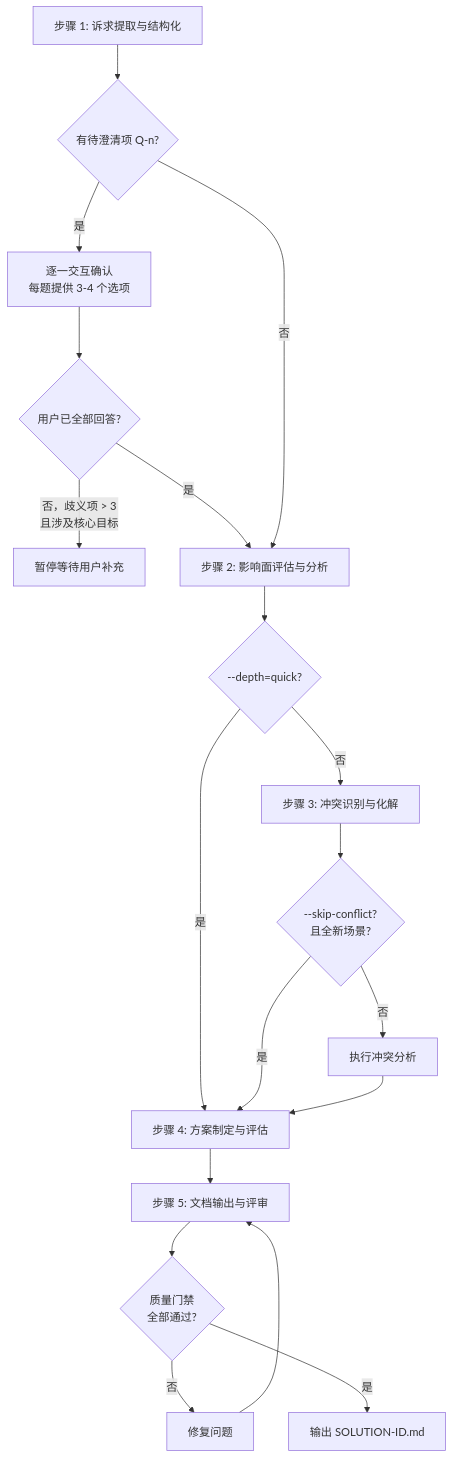
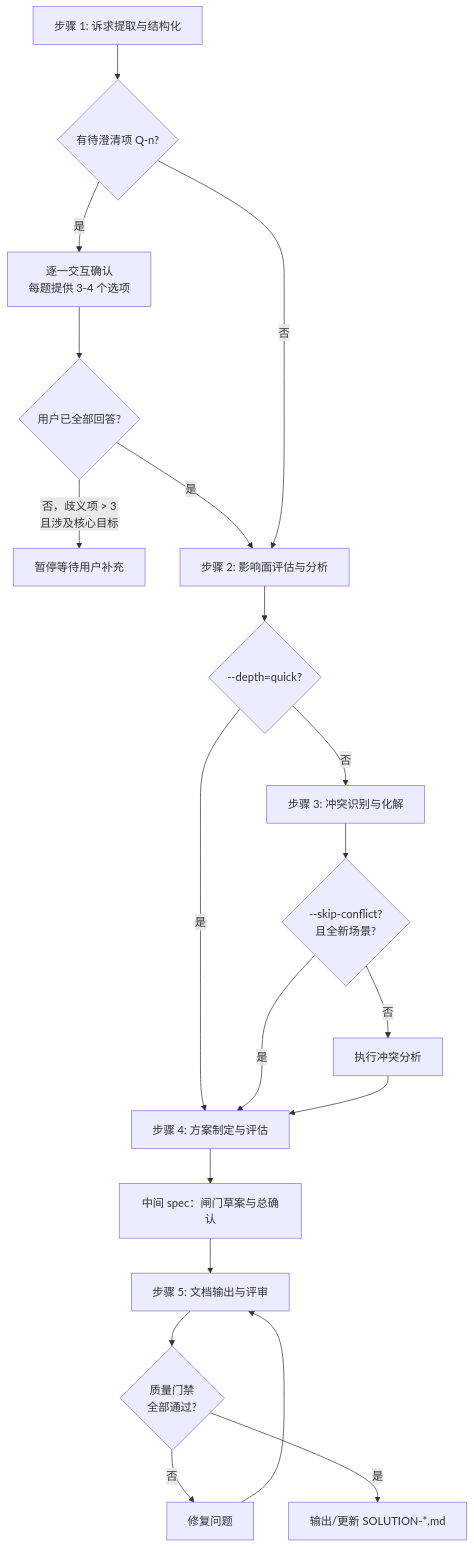
The second of 2 diagrams in .agent/skills/sdx-solution/reference/workflow-spec.md (oleewen/ai-knowledge), drawn with Mermaid before and after one commit. The commit also changed other lines of this file and 23 other files, not shown here.

````diff
--- a/.agent/skills/sdx-solution/reference/workflow-spec.md
+++ b/.agent/skills/sdx-solution/reference/workflow-spec.md
@@ -9,24 +156,25 @@
 ```mermaid
 graph TD
     S1[步骤 1: 诉求提取与结构化] --> Q{有待澄清项 Q-n?}
     Q -->|是| CQ[逐一交互确认\n每题提供 3-4 个选项]
     CQ --> QR{用户已全部回答?}
     QR -->|否，歧义项 > 3\n且涉及核心目标| PAUSE[暂停等待用户补充]
     QR -->|是| S2[步骤 2: 影响面评估与分析]
     Q -->|否| S2
 
     S2 --> D{--depth=quick?}
     D -->|是| S4[步骤 4: 方案制定与评估]
     D -->|否| S3[步骤 3: 冲突识别与化解]
 
     S3 --> SC{--skip-conflict?\n且全新场景?}
     SC -->|是| S4
     SC -->|否| S3_EXEC[执行冲突分析]
     S3_EXEC --> S4
 
-    S4 --> S5[步骤 5: 文档输出与评审]
+    S4 --> SPEC[中间 spec：闸门草案与总确认]
+    SPEC --> S5[步骤 5: 文档输出与评审]
     S5 --> QG{质量门禁\n全部通过?}
     QG -->|否| FIX[修复问题]
     FIX --> S5
-    QG -->|是| OUT[输出 SOLUTION-ID.md]
+    QG -->|是| OUT[输出/更新 SOLUTION-*.md]
 ```
````
